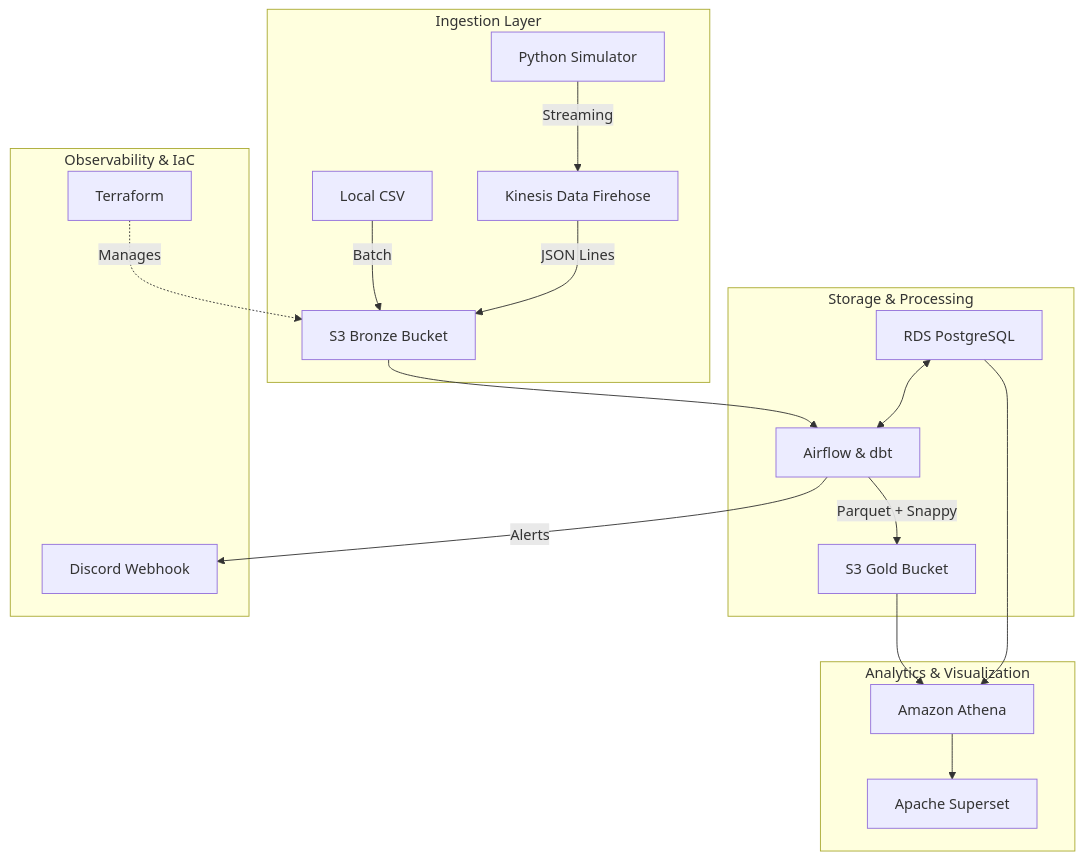
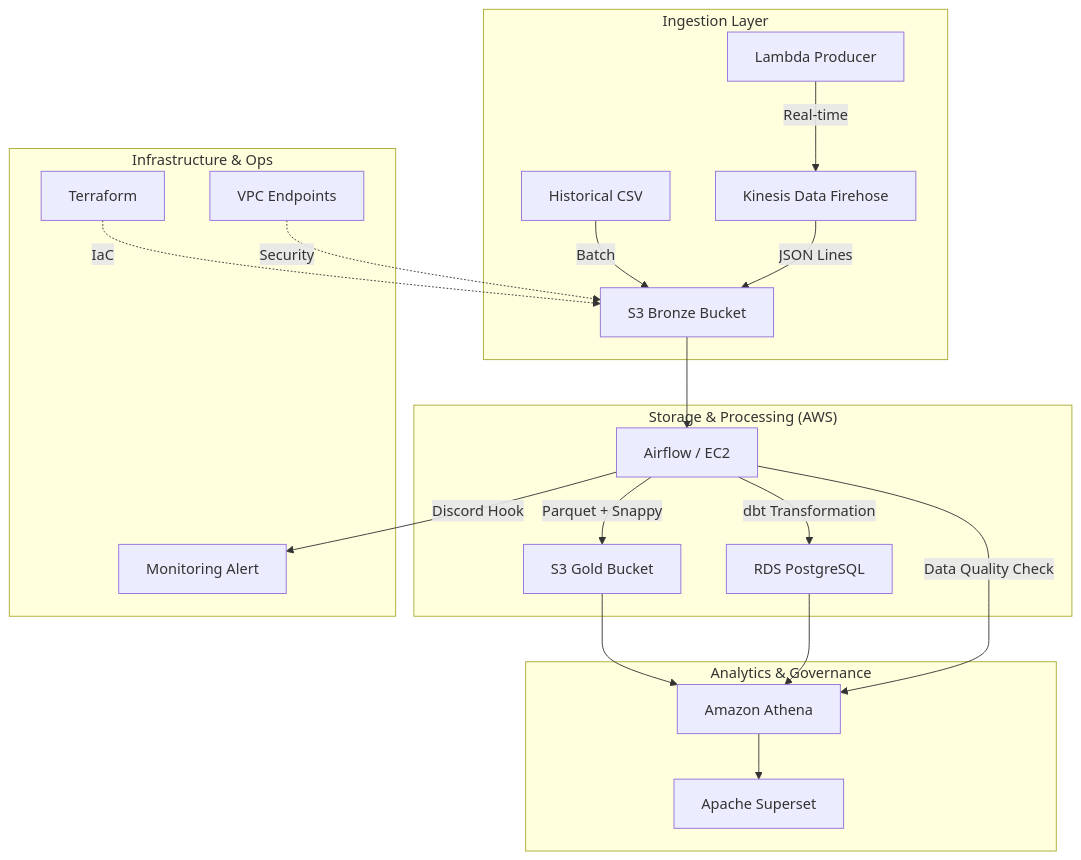
Before and after one commit to philipsgn/Olist-Brazilian-E-Commerce-Analytics-Platform: the diagram in README.md, drawn with Mermaid. The commit also changed other lines of this file, not shown here.

Commit message:
docs: finalize README.md with Senior AWS Architect standards and system pillars

````diff
--- a/README.md
+++ b/README.md
@@ -36,25 +9,27 @@
 ```mermaid
 graph TD
     subgraph "Ingestion Layer"
-        A[Python Simulator] -->|Streaming| B[Kinesis Data Firehose]
-        C[Local CSV] -->|Batch| D[S3 Bronze Bucket]
+        A[Lambda Producer] -->|Real-time| B[Kinesis Data Firehose]
+        C[Historical CSV] -->|Batch| D[S3 Bronze Bucket]
     end
 
-    subgraph "Storage & Processing"
+    subgraph "Storage & Processing (AWS)"
         B -->|JSON Lines| D
-        D --> E[Airflow & dbt]
+        D --> E[Airflow / EC2]
+        E -->|dbt Transformation| G[RDS PostgreSQL]
         E -->|Parquet + Snappy| F[S3 Gold Bucket]
-        G[RDS PostgreSQL] <--> E
     end
 
-    subgraph "Analytics & Visualization"
+    subgraph "Analytics & Governance"
         F --> H[Amazon Athena]
         G --> H
         H --> I[Apache Superset]
+        E -->|Data Quality Check| H
     end
 
-    subgraph "Observability & IaC"
-        J[Terraform] -.->|Manages| D
-        E -->|Alerts| K[Discord Webhook]
+    subgraph "Infrastructure & Ops"
+        J[Terraform] -.->|IaC| D
+        E -->|Discord Hook| K[Monitoring Alert]
+        L[VPC Endpoints] -.->|Security| D
     end
 ```
````
